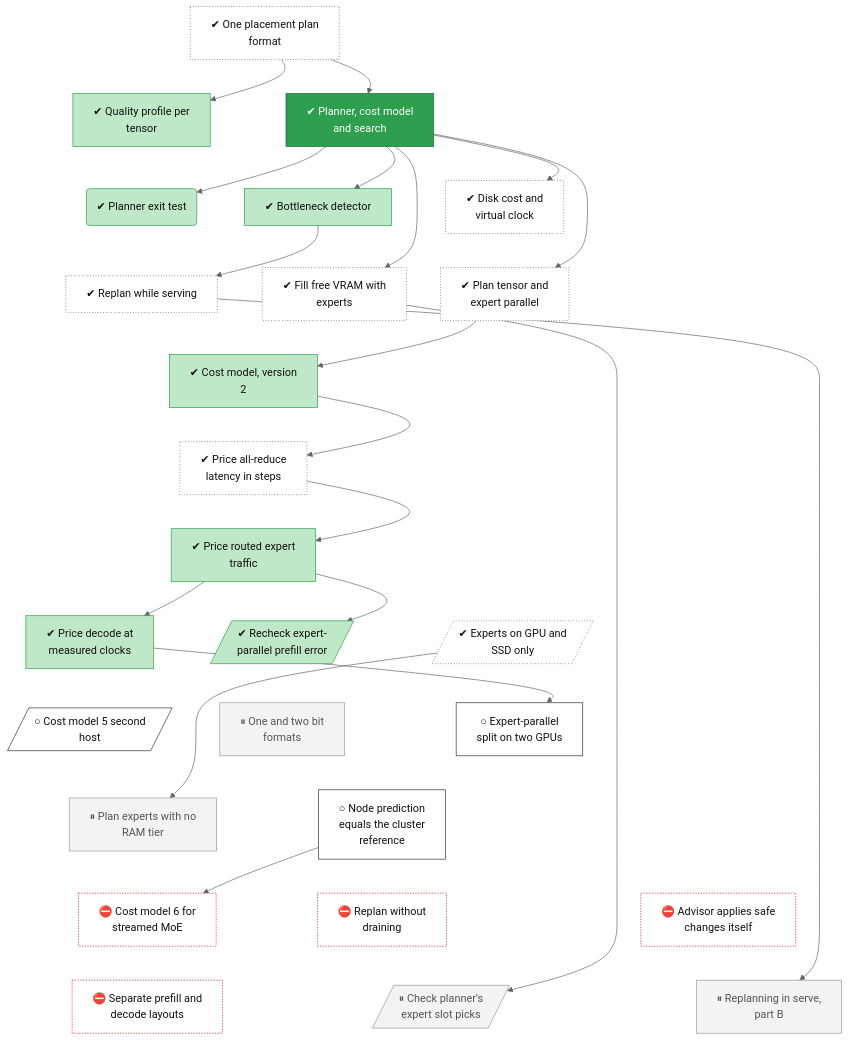
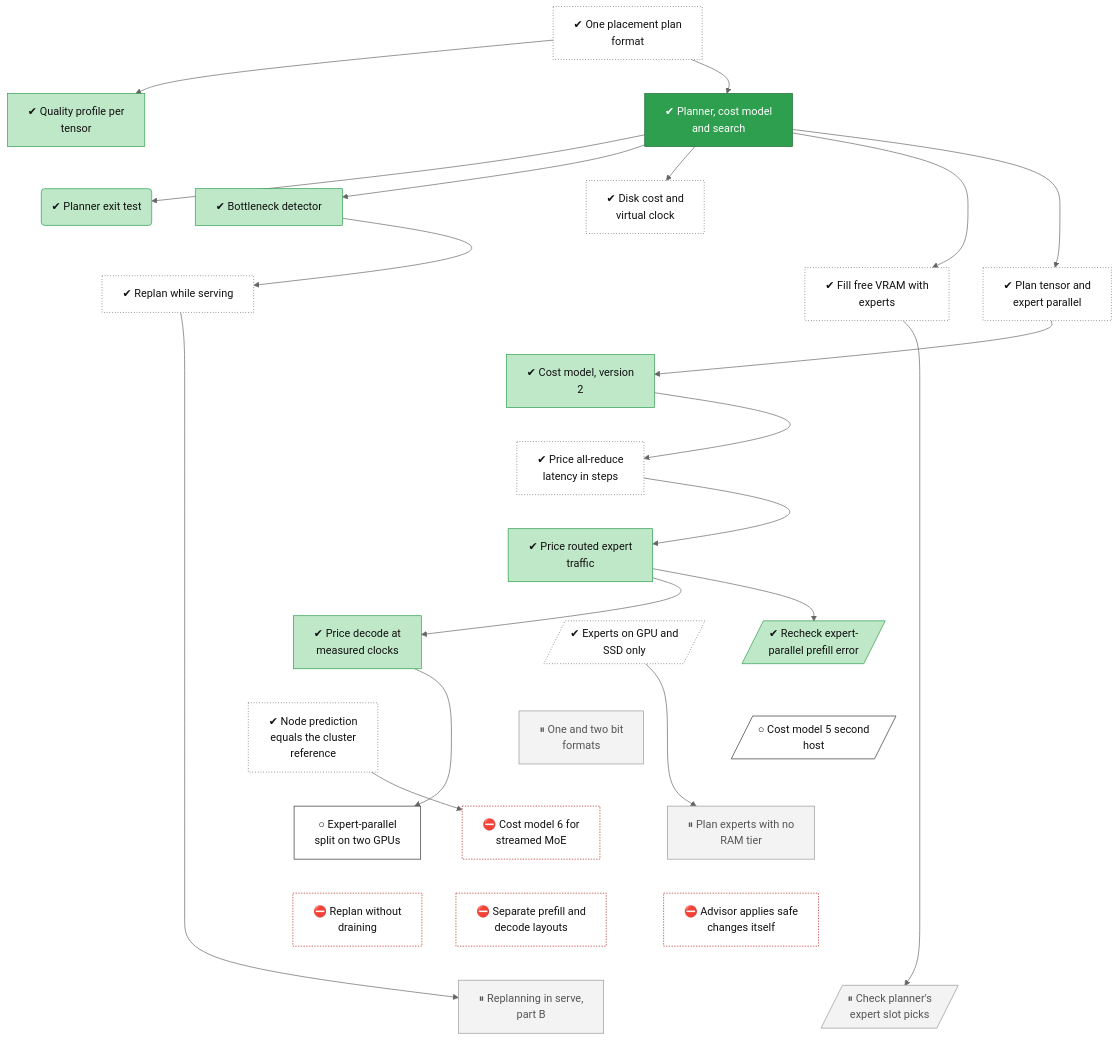
Before and after one commit to lhns/tetraeder: the diagram in docs/roadmap/tracks/planner.md, drawn with Mermaid (neutral theme). The commit also changed other lines of this file and 5 other files, not shown here.

Commit message:
Phase 6 risk fixes (ADR 0091 Case S): tree nodes memory-ram-tier-complement, planner-node-predict-check, serving-cuda-parity done (CI run 45415720514); not measured

````diff
--- a/docs/roadmap/tracks/planner.md
+++ b/docs/roadmap/tracks/planner.md
@@ -24,11 +24,11 @@
     planner_cost_model_v5["✔ Price decode at<br/>measured clocks"]
     planner_ep_prefill_recheck[/"✔ Recheck expert-<br/>parallel prefill error"/]
     planner_low_ram_modes[/"✔ Experts on GPU and<br/>SSD only"/]
+    planner_node_predict_check["✔ Node prediction<br/>equals the cluster<br/>reference"]
     planner_cost_model_v5_host2[/"○ Cost model 5 second<br/>host"/]
     planner_low_bit_formats["⏸ One and two bit<br/>formats"]
     planner_ep_split["○ Expert-parallel<br/>split on two GPUs"]
     planner_ram_slots_zero["⏸ Plan experts with no<br/>RAM tier"]
-    planner_node_predict_check["○ Node prediction<br/>equals the cluster<br/>reference"]
     planner_costmodel_stream_terms["⛔ Cost model 6 for<br/>streamed MoE"]
     planner_live_replan["⛔ Replan without<br/>draining"]
     planner_advisor_auto["⛔ Advisor applies safe<br/>changes itself"]
@@ -51,18 +51,18 @@
     planner_cost_v4 ~~~ planner_cost_model_v5
     planner_cost_v4 ~~~ planner_ep_prefill_recheck
     planner_cost_v4 ~~~ planner_low_ram_modes
-    planner_cost_model_v5 ~~~ planner_cost_model_v5_host2
-    planner_ep_prefill_recheck ~~~ planner_low_bit_formats
-    planner_low_ram_modes ~~~ planner_ep_split
+    planner_cost_model_v5 ~~~ planner_node_predict_check
+    planner_ep_prefill_recheck ~~~ planner_cost_model_v5_host2
+    planner_low_ram_modes ~~~ planner_low_bit_formats
+    planner_node_predict_check ~~~ planner_ep_split
     planner_cost_model_v5_host2 ~~~ planner_ram_slots_zero
-    planner_low_bit_formats ~~~ planner_node_predict_check
-    planner_ep_split ~~~ planner_node_predict_check
-    planner_ram_slots_zero ~~~ planner_costmodel_stream_terms
-    planner_node_predict_check ~~~ planner_live_replan
-    planner_node_predict_check ~~~ planner_advisor_auto
+    planner_low_bit_formats ~~~ planner_costmodel_stream_terms
+    planner_ep_split ~~~ planner_live_replan
+    planner_ram_slots_zero ~~~ planner_advisor_auto
     planner_costmodel_stream_terms ~~~ planner_split_layouts
     planner_live_replan ~~~ planner_slot_campaign
     planner_advisor_auto ~~~ planner_replan_part_b
+    planner_split_layouts ~~~ planner_replan_part_b
     planner_plan_ir --> planner_quality
     planner_plan_ir --> planner_core
     planner_core --> planner_exit
@@ -95,10 +95,10 @@
     classDef decided fill:#ece0f7,stroke:#7b3fb5,stroke-dasharray:2 2,color:#111
     classDef finding fill:#ffe0b2,stroke:#d84315,stroke-width:2px,color:#111
     classDef waiting fill:#e3f2fd,stroke:#1f6fc5,stroke-dasharray:5 5,color:#111
-    class planner_plan_ir,planner_tier_cost,planner_replan,planner_fill_tier,planner_parallel_shapes,planner_cost_v3,planner_low_ram_modes unrated
+    class planner_plan_ir,planner_tier_cost,planner_replan,planner_fill_tier,planner_parallel_shapes,planner_cost_v3,planner_low_ram_modes,planner_node_predict_check unrated
     class planner_quality,planner_exit,planner_detector,planner_cost_v2,planner_cost_v4,planner_cost_model_v5,planner_ep_prefill_recheck succ
     class planner_core vsucc
-    class planner_cost_model_v5_host2,planner_ep_split,planner_node_predict_check next
+    class planner_cost_model_v5_host2,planner_ep_split next
     class planner_low_bit_formats,planner_ram_slots_zero,planner_slot_campaign,planner_replan_part_b parked
     class planner_costmodel_stream_terms,planner_live_replan,planner_advisor_auto,planner_split_layouts blocked
 ```
````
